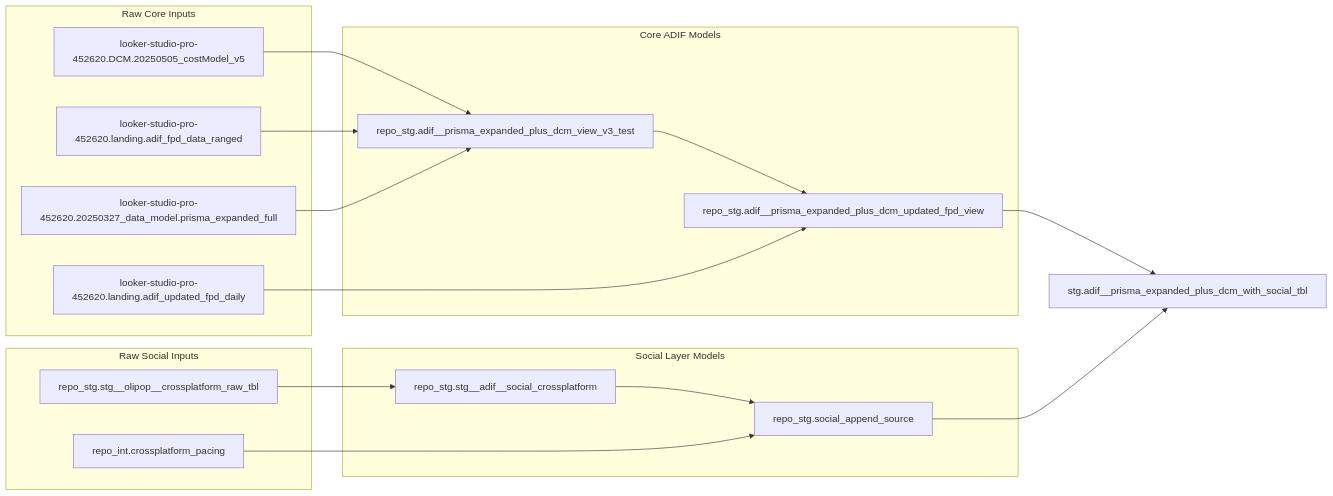
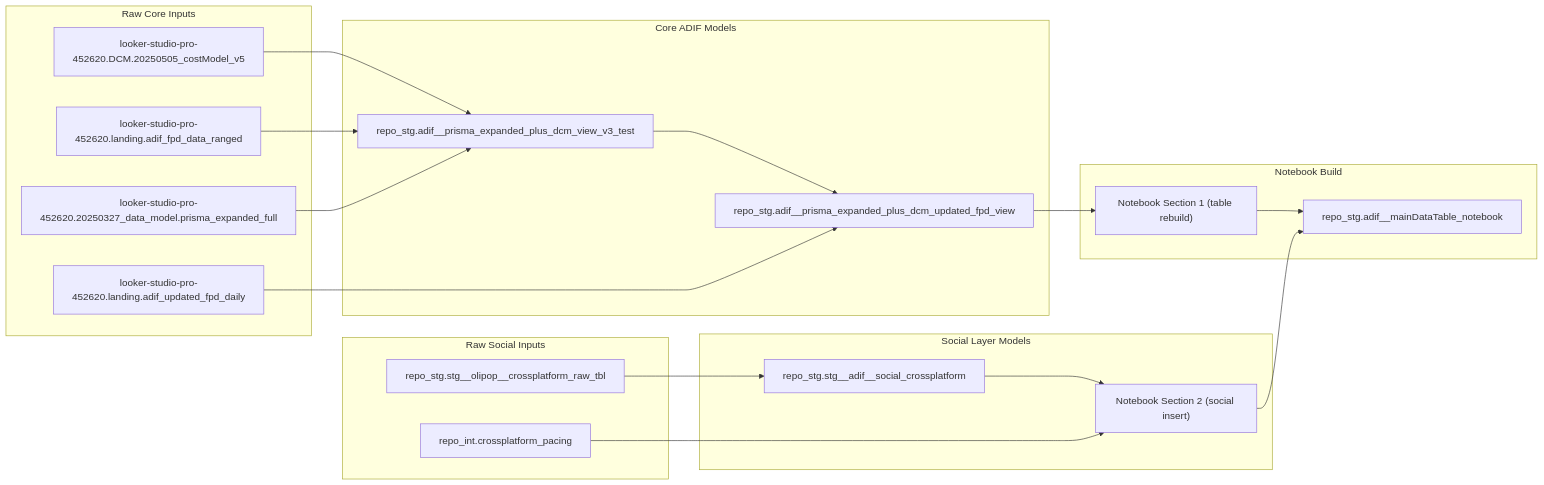
The diagram in adif/README.md (genetsen/looker_personal), drawn with Mermaid before and after one commit. The commit also changed other lines of this file and 22 other files, not shown here.

````diff
--- a/adif/README.md
+++ b/adif/README.md
@@ -64,38 +95,43 @@
 ```mermaid
 flowchart LR
   subgraph raw_core["Raw Core Inputs"]
     dcm["looker-studio-pro-452620.DCM.20250505_costModel_v5"]
     fpd_orig["looker-studio-pro-452620.landing.adif_fpd_data_ranged"]
     prisma["looker-studio-pro-452620.20250327_data_model.prisma_expanded_full"]
     fpd_upd["looker-studio-pro-452620.landing.adif_updated_fpd_daily"]
   end
 
   subgraph core_models["Core ADIF Models"]
     core_base["repo_stg.adif__prisma_expanded_plus_dcm_view_v3_test"]
     core_upd["repo_stg.adif__prisma_expanded_plus_dcm_updated_fpd_view"]
   end
 
   dcm --> core_base
   fpd_orig --> core_base
   prisma --> core_base
   core_base --> core_upd
   fpd_upd --> core_upd
 
   subgraph raw_social["Raw Social Inputs"]
     social_raw["repo_stg.stg__olipop__crossplatform_raw_tbl"]
     pacing["repo_int.crossplatform_pacing"]
   end
 
   subgraph social_models["Social Layer Models"]
     social_stg["repo_stg.stg__adif__social_crossplatform"]
-    social_append["repo_stg.social_append_source"]
+    social_nb_s2["Notebook Section 2 (social insert)"]
+  end
+
+  subgraph notebook["Notebook Build"]
+    social_nb_s1["Notebook Section 1 (table rebuild)"]
+    target_tbl["repo_stg.adif__mainDataTable_notebook"]
   end
 
   social_raw --> social_stg
-  social_stg --> social_append
-  pacing --> social_append
+  social_stg --> social_nb_s2
+  pacing --> social_nb_s2
+  core_upd --> social_nb_s1
 
-  final_tbl["stg.adif__prisma_expanded_plus_dcm_with_social_tbl"]
-  core_upd --> final_tbl
-  social_append --> final_tbl
+  social_nb_s1 --> target_tbl
+  social_nb_s2 --> target_tbl
 ```
````
